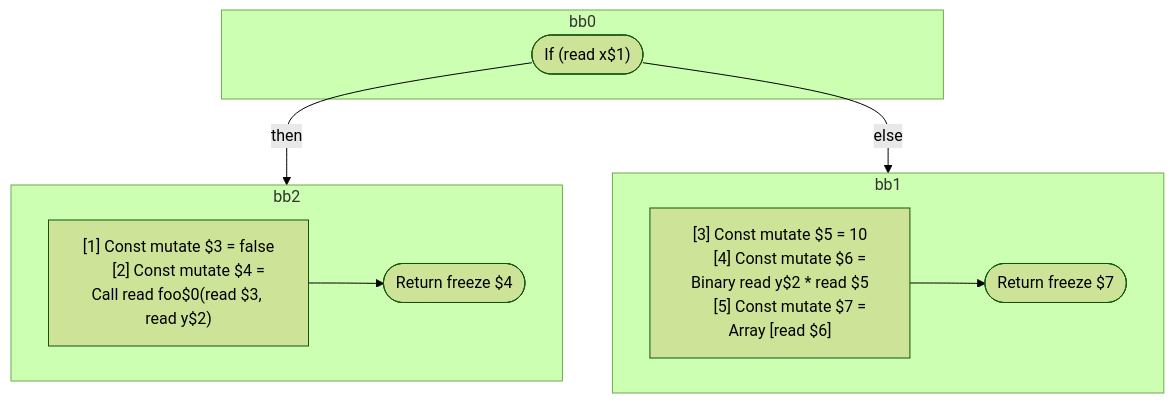
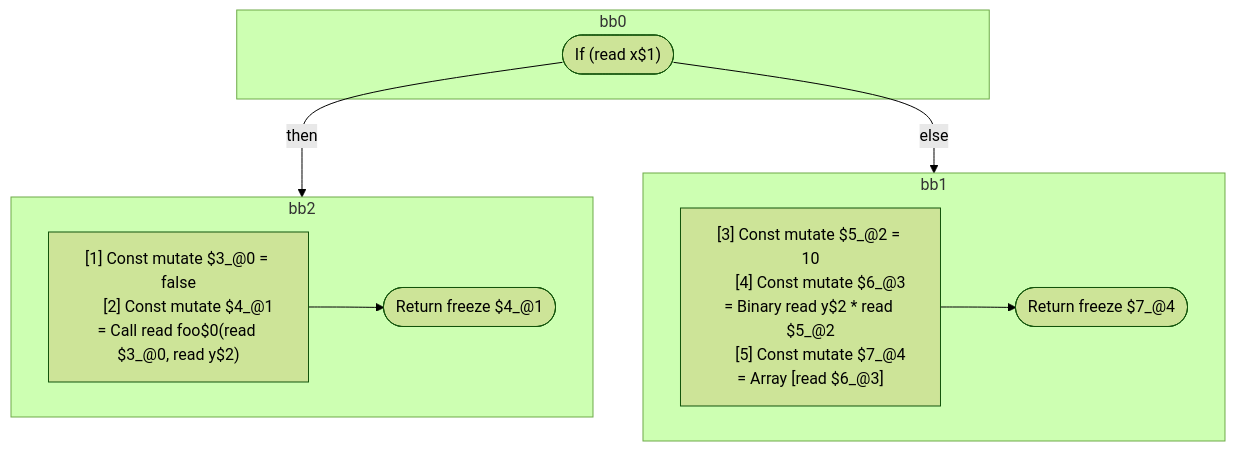
The diagram in compiler/forget/src/__tests__/fixtures/hir/simple.expect.md (wutsmog/private), drawn with Mermaid (forest theme) before and after one commit. The commit also changed other lines of this file and 60 other files, not shown here.

````diff
--- a/compiler/forget/src/__tests__/fixtures/hir/simple.expect.md
+++ b/compiler/forget/src/__tests__/fixtures/hir/simple.expect.md
@@ -34,27 +34,27 @@
 ```mermaid
 flowchart TB
   %% Basic Blocks
   subgraph bb0
     bb0_terminal(["If (read x$1)"])
   end
   subgraph bb2
     bb2_instrs["
-      [1] Const mutate $3 = false
-      [2] Const mutate $4 = Call read foo$0(read $3, read y$2)
+      [1] Const mutate $3_@0 = false
+      [2] Const mutate $4_@1 = Call read foo$0(read $3_@0, read y$2)
     "]
-    bb2_instrs --> bb2_terminal(["Return freeze $4"])
+    bb2_instrs --> bb2_terminal(["Return freeze $4_@1"])
   end
   subgraph bb1
     bb1_instrs["
-      [3] Const mutate $5 = 10
-      [4] Const mutate $6 = Binary read y$2 * read $5
-      [5] Const mutate $7 = Array [read $6]
+      [3] Const mutate $5_@2 = 10
+      [4] Const mutate $6_@3 = Binary read y$2 * read $5_@2
+      [5] Const mutate $7_@4 = Array [read $6_@3]
     "]
-    bb1_instrs --> bb1_terminal(["Return freeze $7"])
+    bb1_instrs --> bb1_terminal(["Return freeze $7_@4"])
   end
 
   %% Jumps
   bb0_terminal -- then --> bb2
   bb0_terminal -- else --> bb1
 
 ```
````
